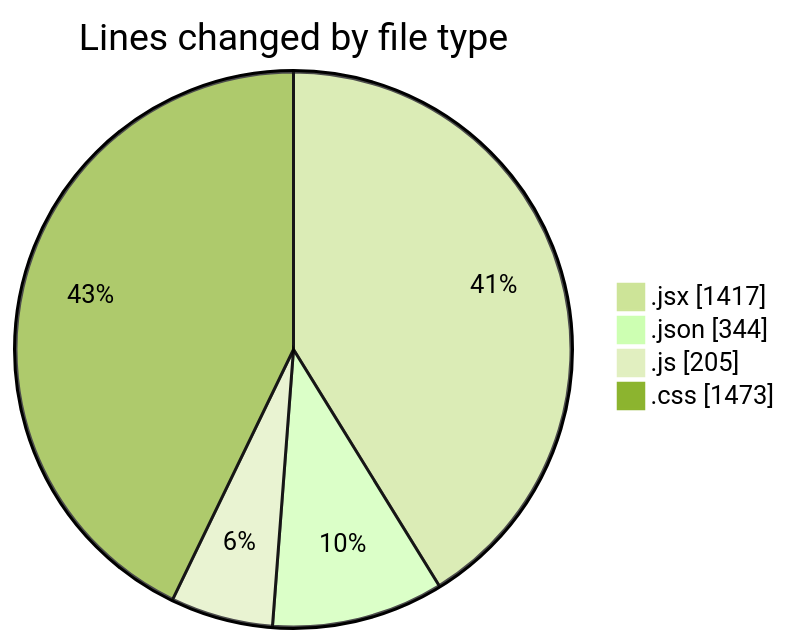
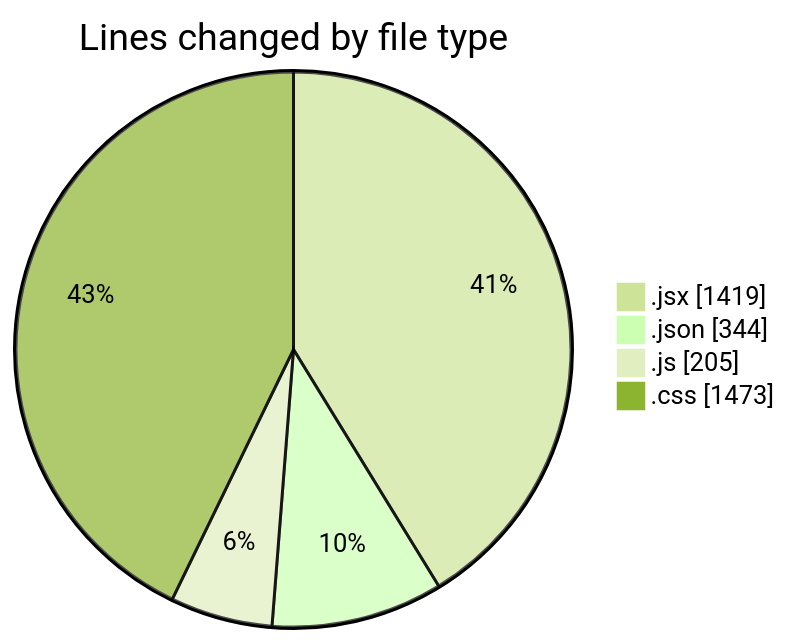
Before and after one commit to BS-eng2023/code-tracking: the first of 2 diagrams in 2025-05-04/project/README.md, drawn with Mermaid (forest theme). The commit also changed other lines of this file and 1 other file, not shown here.

````diff
--- a/2025-05-04/project/README.md
+++ b/2025-05-04/project/README.md
@@ -39,8 +39,8 @@
 ```mermaid
 pie showData
 title Lines changed by file type
-".jsx" : 1417
+".jsx" : 1419
 ".json" : 344
 ".js" : 205
 ".css" : 1473
 ```
````
